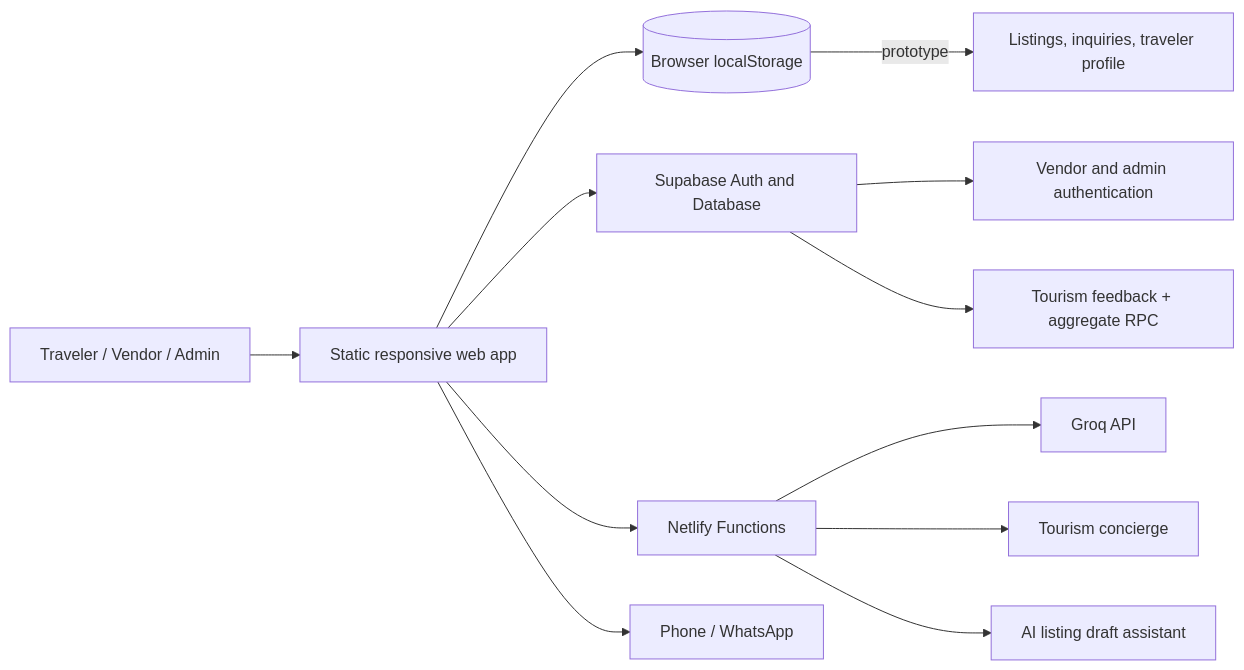
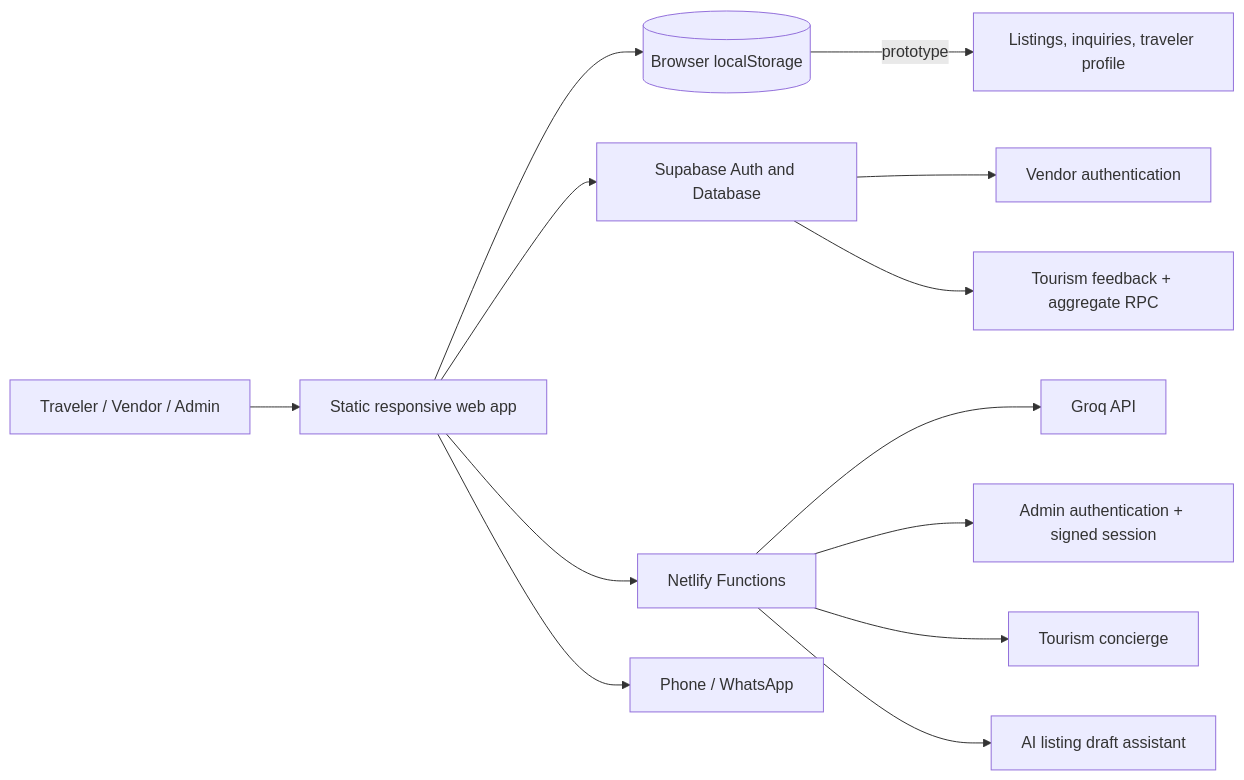
The diagram in README.md (Tejas-India-Hackathon-2026/Team-EDGEFORGE-AI), drawn with Mermaid before and after one commit. The commit also changed other lines of this file and 9 other files, not shown here.

Commit message:
fix: secure admin login with server session

````diff
--- a/README.md
+++ b/README.md
@@ -95,15 +95,16 @@
 ```mermaid
 flowchart LR
     U[Traveler / Vendor / Admin] --> B[Static responsive web app]
     B --> L[(Browser localStorage)]
     B --> S[Supabase Auth and Database]
     B --> N[Netlify Functions]
     N --> G[Groq API]
     B --> W[Phone / WhatsApp]
 
     L -->|prototype| P[Listings, inquiries, traveler profile]
-    S --> A[Vendor and admin authentication]
+    S --> A[Vendor authentication]
     S --> F[Tourism feedback + aggregate RPC]
+    N --> H[Admin authentication + signed session]
     N --> C[Tourism concierge]
     N --> D[AI listing draft assistant]
 ```
````
